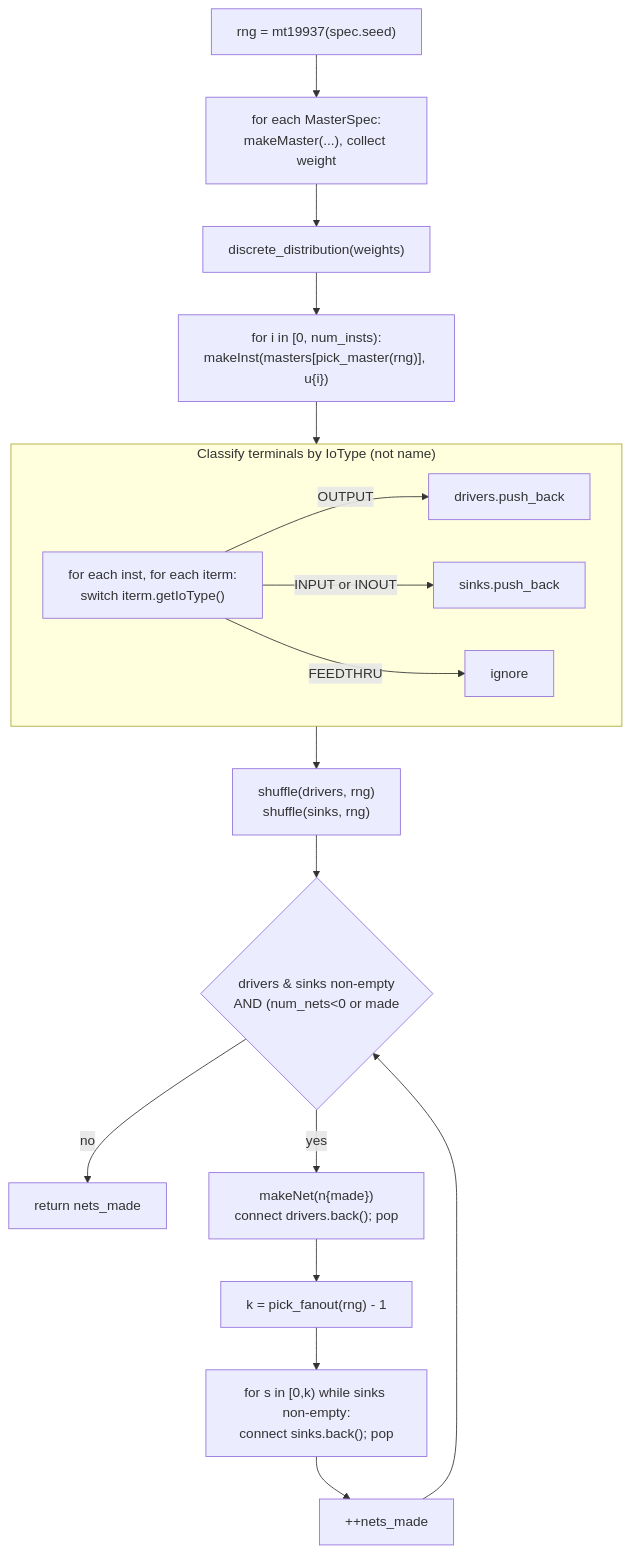
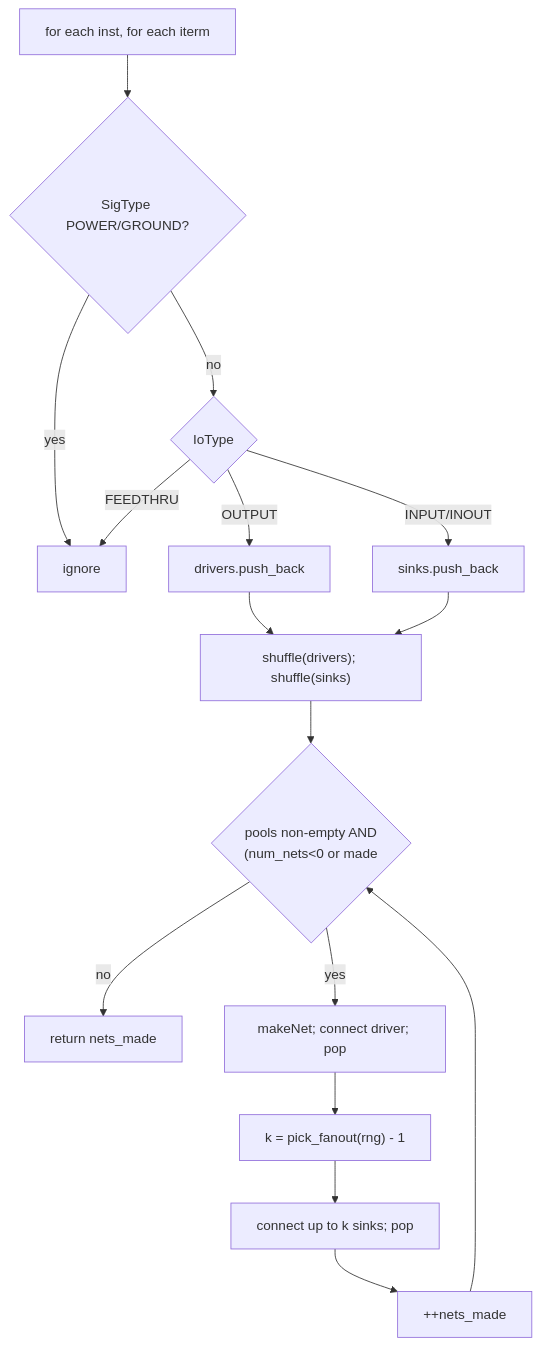
The sixth of 7 diagrams in src/engines/netlistgen/FLOW.md (rfive88/eda-lab), drawn with Mermaid before and after one commit. The commit also changed other lines of this file and 8 other files, not shown here.

````diff
--- a/src/engines/netlistgen/FLOW.md
+++ b/src/engines/netlistgen/FLOW.md
@@ -72,23 +155,18 @@
 ```mermaid
 graph TD
-  seed["rng = mt19937(spec.seed)"] --> mkm["for each MasterSpec:<br/>makeMaster(...), collect weight"]
-  mkm --> dd["discrete_distribution(weights)"]
-  dd --> mki["for i in [0, num_insts):<br/>makeInst(masters[pick_master(rng)], u{i})"]
-  mki --> classify
-
-  subgraph classify["Classify terminals by IoType (not name)"]
-    loop["for each inst, for each iterm:<br/>switch iterm.getIoType()"]
-    loop -->|OUTPUT| drv["drivers.push_back"]
-    loop -->|INPUT or INOUT| snk["sinks.push_back"]
-    loop -->|FEEDTHRU| skip["ignore"]
-  end
-
-  classify --> shuf["shuffle(drivers, rng)<br/>shuffle(sinks, rng)"]
-  shuf --> whilecond{"drivers & sinks non-empty<br/>AND (num_nets<0 or made<num_nets)?"}
+  classify["for each inst, for each iterm"] --> pg{"SigType POWER/GROUND?"}
+  pg -->|yes| skip[ignore]
+  pg -->|no| io{"IoType"}
+  io -->|OUTPUT| drv["drivers.push_back"]
+  io -->|INPUT/INOUT| snk["sinks.push_back"]
+  io -->|FEEDTHRU| skip
+  drv --> shuf
+  snk --> shuf["shuffle(drivers); shuffle(sinks)"]
+  shuf --> whilecond{"pools non-empty AND<br/>(num_nets<0 or made<num_nets)?"}
   whilecond -->|no| done["return nets_made"]
-  whilecond -->|yes| net["makeNet(n{made})<br/>connect drivers.back(); pop"]
+  whilecond -->|yes| net["makeNet; connect driver; pop"]
   net --> fan["k = pick_fanout(rng) - 1"]
-  fan --> sinkloop["for s in [0,k) while sinks non-empty:<br/>connect sinks.back(); pop"]
+  fan --> sinkloop["connect up to k sinks; pop"]
   sinkloop --> incr["++nets_made"]
   incr --> whilecond
 ```
````
